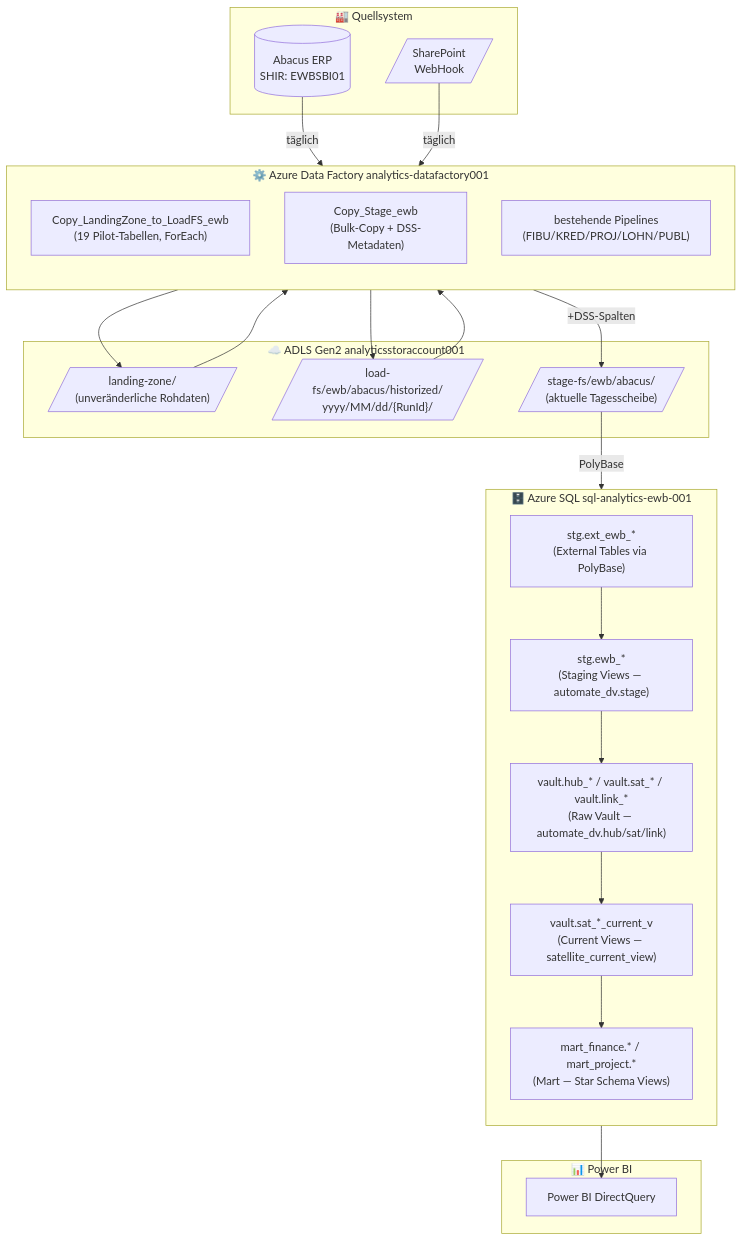
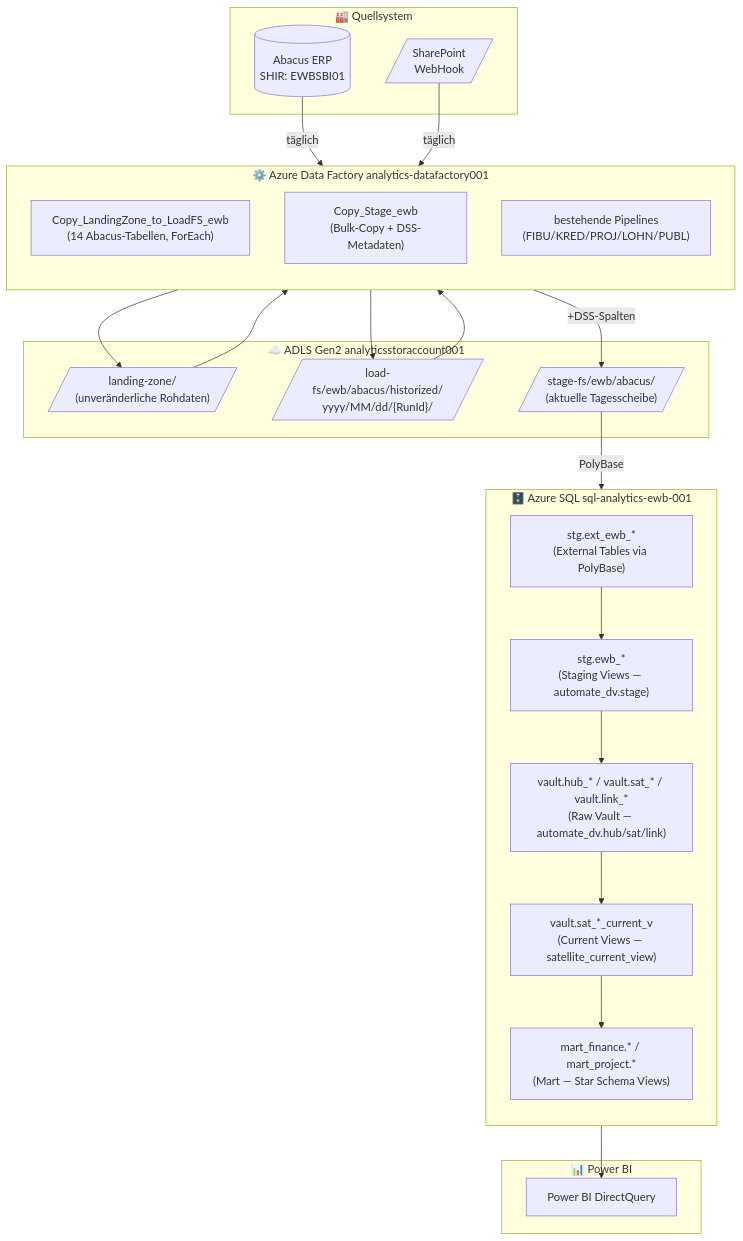
The first of 5 diagrams in design/data-flow/end_to_end.md (fellnerd/datavault-dbt), drawn with Mermaid before and after one commit. The commit also changed other lines of this file and 1 other file, not shown here.

Commit message:
fix: correct pilot table count (14 Abacus + 8 SharePoint = 22, not 19)

````diff
--- a/design/data-flow/end_to_end.md
+++ b/design/data-flow/end_to_end.md
@@ -9,47 +9,47 @@
 ```mermaid
 flowchart TB
     subgraph Sources["🏭 Quellsystem"]
         ERP[(Abacus ERP\nSHIR: EWBSBI01)]
         SP[/SharePoint\nWebHook/]
     end
 
     subgraph ADF["⚙️ Azure Data Factory analytics-datafactory001"]
         direction TB
-        P1["Copy_LandingZone_to_LoadFS_ewb\n(19 Pilot-Tabellen, ForEach)"]
+        P1["Copy_LandingZone_to_LoadFS_ewb\n(14 Abacus-Tabellen, ForEach)"]
         P2["Copy_Stage_ewb\n(Bulk-Copy + DSS-Metadaten)"]
         PX["bestehende Pipelines\n(FIBU/KRED/PROJ/LOHN/PUBL)"]
     end
 
     subgraph ADLS["☁️ ADLS Gen2 analyticsstoraccount001"]
         LZ[/"landing-zone/\n(unveränderliche Rohdaten)"/]
         LFS[/"load-fs/ewb/abacus/historized/\nyyyy/MM/dd/{RunId}/"/]
         SFS[/"stage-fs/ewb/abacus/\n(aktuelle Tagesscheibe)"/]
     end
 
     subgraph AzureSQL["🗄️ Azure SQL sql-analytics-ewb-001"]
         direction TB
         EXT["stg.ext_ewb_*\n(External Tables via PolyBase)"]
         STG["stg.ewb_*\n(Staging Views — automate_dv.stage)"]
         VAULT["vault.hub_* / vault.sat_* / vault.link_*\n(Raw Vault — automate_dv.hub/sat/link)"]
         CURR["vault.sat_*_current_v\n(Current Views — satellite_current_view)"]
         MART["mart_finance.* / mart_project.*\n(Mart — Star Schema Views)"]
     end
 
     subgraph BI["📊 Power BI"]
         PBI[Power BI DirectQuery]
     end
 
     ERP -->|täglich| PX
     SP -->|täglich| PX
     PX --> LZ
     LZ --> P1
     P1 --> LFS
     LFS --> P2
     P2 -->|+DSS-Spalten| SFS
     SFS -->|PolyBase| EXT
     EXT --> STG
     STG --> VAULT
     VAULT --> CURR
     CURR --> MART
     MART --> PBI
 ```
````
